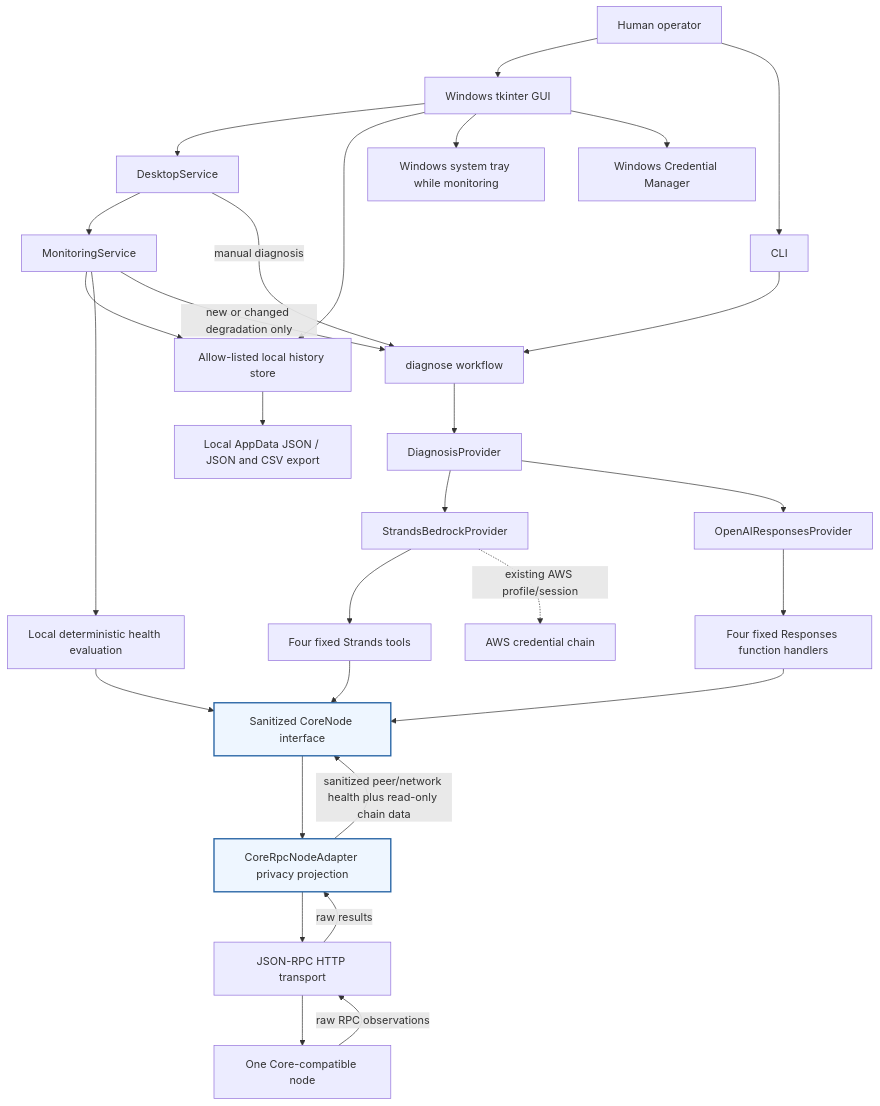
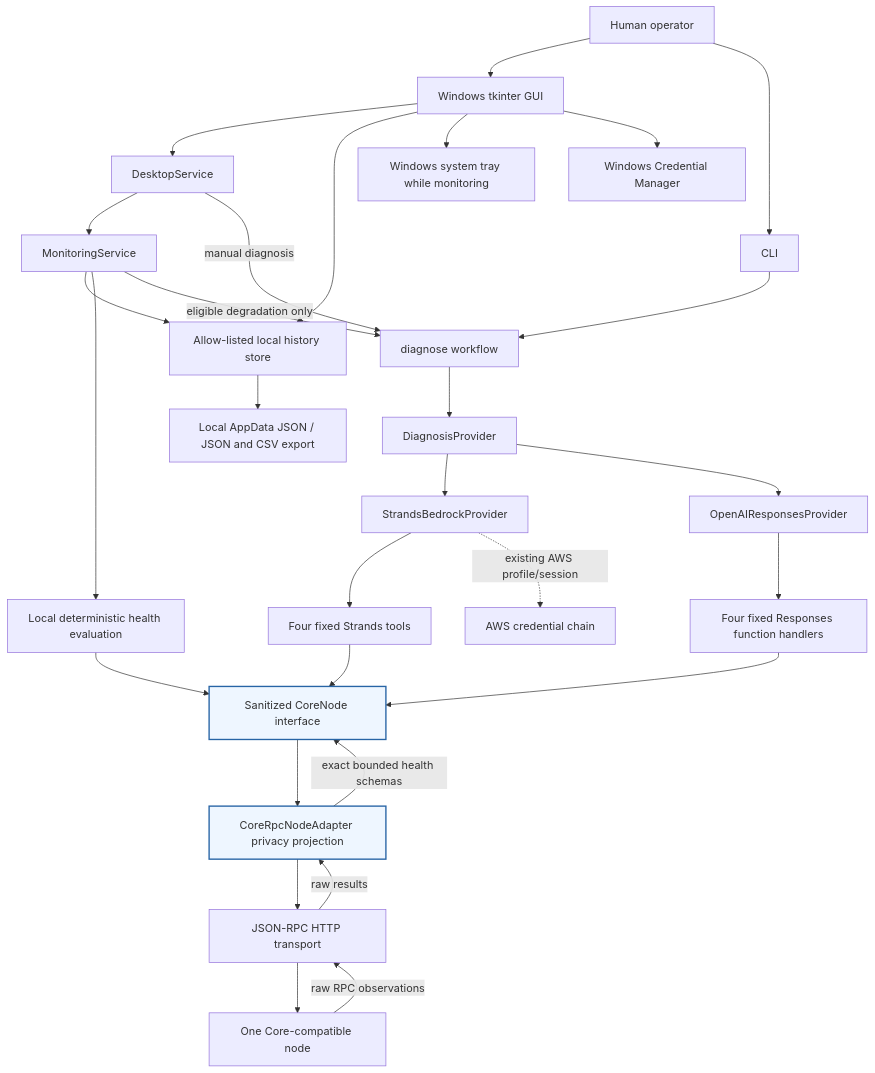
Before and after one commit to toiletslayer/CoreWarden: the diagram in ARCHITECTURE.md, drawn with Mermaid. The commit also changed other lines of this file and 38 other files, not shown here.

````diff
--- a/ARCHITECTURE.md
+++ b/ARCHITECTURE.md
@@ -7,38 +7,38 @@
 ```mermaid
 flowchart TB
     User[Human operator] --> GUI[Windows tkinter GUI]
     User --> CLI[CLI]
     GUI --> Desktop[DesktopService]
     Desktop --> Monitor[MonitoringService]
     Monitor --> History[Allow-listed local history store]
     History --> LocalData[Local AppData JSON / JSON and CSV export]
     Monitor --> Health[Local deterministic health evaluation]
-    Monitor -- new or changed degradation only --> Workflow[diagnose workflow]
+    Monitor -- eligible degradation only --> Workflow[diagnose workflow]
     Desktop -- manual diagnosis --> Workflow
     CLI --> Workflow
 
     Workflow --> Provider[DiagnosisProvider]
     Provider --> Bedrock[StrandsBedrockProvider]
     Provider --> OpenAI[OpenAIResponsesProvider]
     Bedrock --> StrandsTools[Four fixed Strands tools]
     OpenAI --> OpenAITools[Four fixed Responses function handlers]
 
     StrandsTools --> CoreNode[Sanitized CoreNode interface]
     OpenAITools --> CoreNode
     Health --> CoreNode
     CoreNode --> Adapter[CoreRpcNodeAdapter privacy projection]
     Adapter --> Transport[JSON-RPC HTTP transport]
     Transport --> Node[One Core-compatible node]
 
     Node -- raw RPC observations --> Transport
     Transport -- raw results --> Adapter
-    Adapter -- sanitized peer/network health plus read-only chain data --> CoreNode
+    Adapter -- exact bounded health schemas --> CoreNode
 
     GUI --> History
     GUI --> Tray[Windows system tray while monitoring]
     GUI --> CredMgr[Windows Credential Manager]
     Bedrock -. existing AWS profile/session .-> AWS[AWS credential chain]
 
     classDef boundary fill:#eef6ff,stroke:#2764a5,stroke-width:2px;
     class Adapter,CoreNode boundary;
 ```
````
